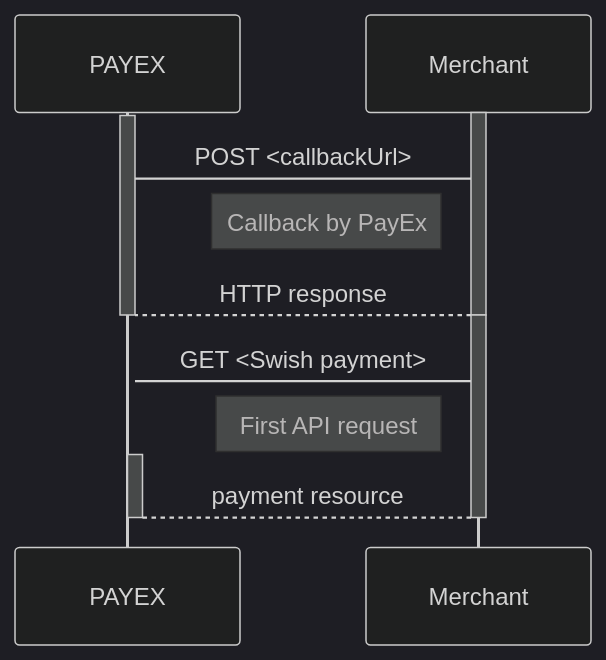
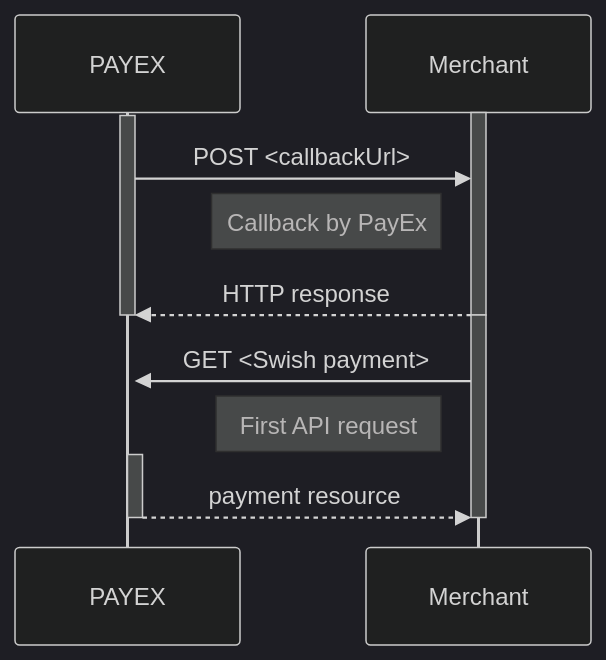
Before and after one commit to SwedbankPay/developer.swedbankpay.com: the diagram in payments/swish/other-features.md, drawn with Mermaid (dark theme). The commit also changed other lines of this file and 1 other file, not shown here.

Commit message:
dx-256 started fixing up swish redirect

````diff
--- a/payments/swish/other-features.md
+++ b/payments/swish/other-features.md
@@ -46,19 +48,19 @@
 ```mermaid
 sequenceDiagram
   activate Merchant
   activate PAYEX
-  PAYEX->Merchant: POST <callbackUrl>
+  PAYEX->>Merchant: POST <callbackUrl>
   note left of Merchant: Callback by PayEx
-  Merchant-->PAYEX: HTTP response
+  Merchant-->>PAYEX: HTTP response
   deactivate PAYEX
   deactivate Merchant
   
   activate Merchant
   activate PAYEX
-  Merchant->PAYEX: GET <Swish payment>
+  Merchant->>PAYEX: GET <Swish payment>
   note left of Merchant: First API request
   Activate PAYEX
-  PAYEX-->Merchant: payment resource
+  PAYEX-->>Merchant: payment resource
   deactivate PAYEX
   deactivate Merchant
 ```
````
